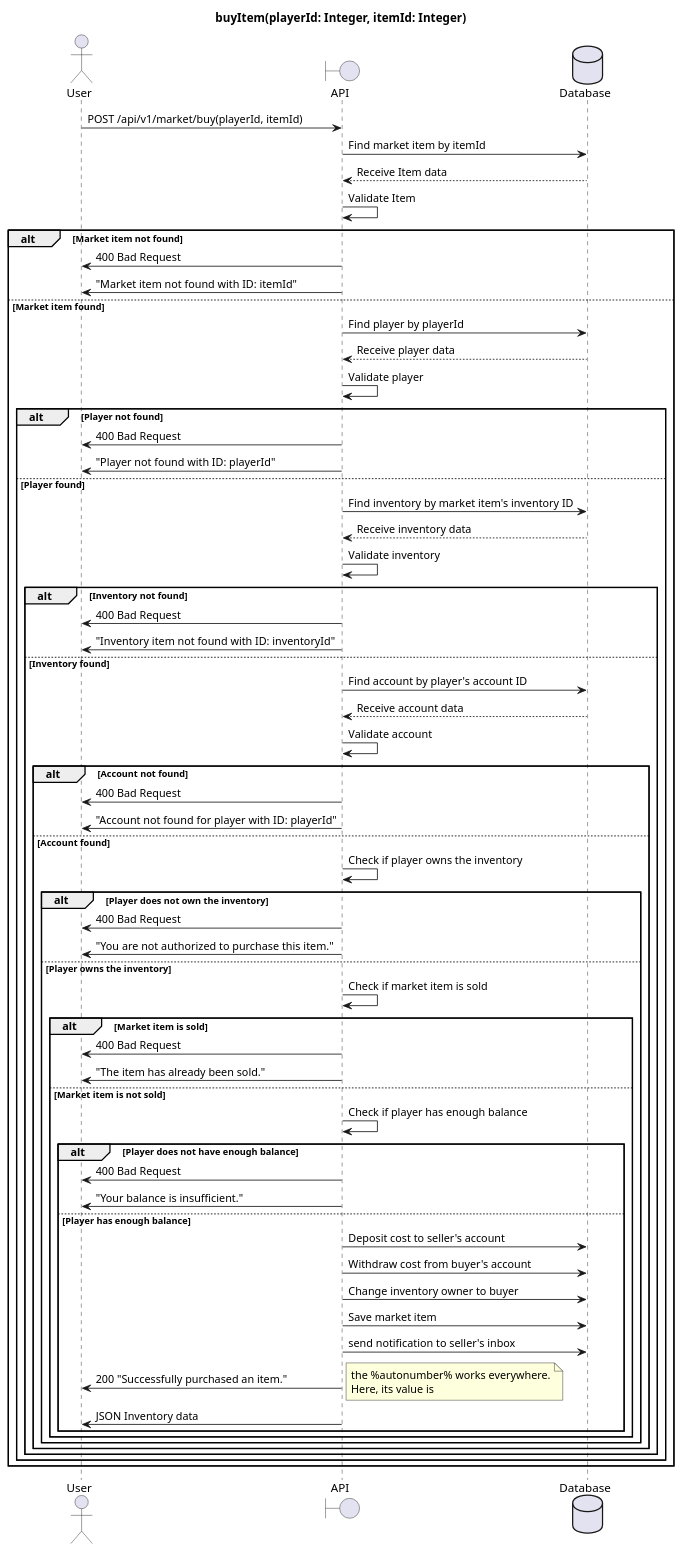
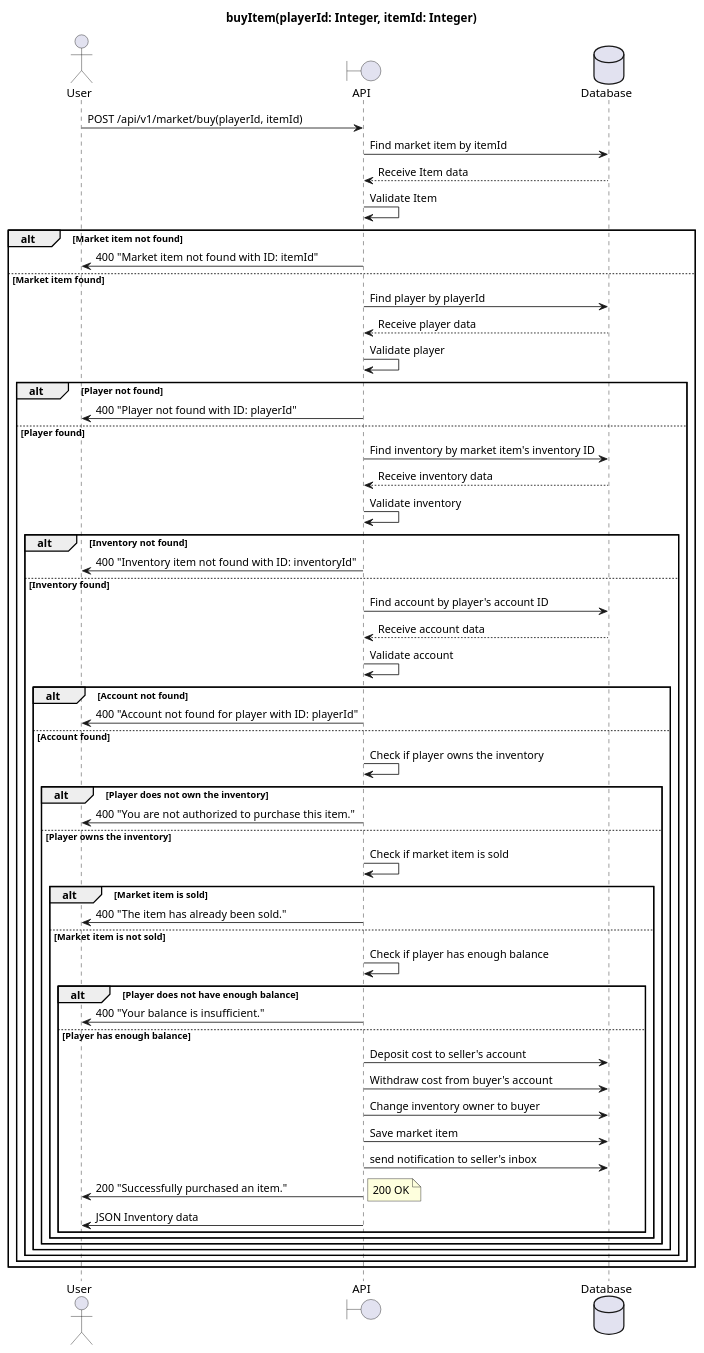
The diagram in PlantUML/Marketplace/buyItem.puml (b6428259/PriorLab1), drawn with PlantUML before and after one commit. The commit also changed 21 other files, not shown here.

```diff
--- a/PlantUML/Marketplace/buyItem.puml
+++ b/PlantUML/Marketplace/buyItem.puml
@@ -1,72 +1,64 @@
 @startuml
 title buyItem(playerId: Integer, itemId: Integer)
 
 actor User as u
 boundary API as a
 database Database as d
 
 u->a : POST /api/v1/market/buy(playerId, itemId)
 a->d : Find market item by itemId
 d-->a : Receive Item data
 a->a : Validate Item
 alt Market item not found
-    a->u : 400 Bad Request
-    a->u : "Market item not found with ID: itemId"
+    a->u : 400 "Market item not found with ID: itemId"
 else Market item found
     a->d : Find player by playerId
     d-->a : Receive player data
     a->a : Validate player
     alt Player not found
-        a->u : 400 Bad Request
-        a->u : "Player not found with ID: playerId"
+        a->u : 400 "Player not found with ID: playerId"
     else Player found
         a->d : Find inventory by market item's inventory ID
         d-->a : Receive inventory data
         a->a : Validate inventory
         alt Inventory not found
-            a->u : 400 Bad Request
-            a->u : "Inventory item not found with ID: inventoryId"
+            a->u : 400 "Inventory item not found with ID: inventoryId"
         else Inventory found
             a->d : Find account by player's account ID
             d-->a : Receive account data
             a->a : Validate account
             alt Account not found
-                a->u : 400 Bad Request
-                a->u : "Account not found for player with ID: playerId"
+                a->u : 400 "Account not found for player with ID: playerId"
 
             else Account found
                 a->a : Check if player owns the inventory
                 alt Player does not own the inventory
-                    a->u : 400 Bad Request
-                    a->u : "You are not authorized to purchase this item."
+                    a->u : 400 "You are not authorized to purchase this item."
                 else Player owns the inventory
                     a->a : Check if market item is sold
                     alt Market item is sold
-                        a->u : 400 Bad Request
-                        a->u : "The item has already been sold."
+                        a->u : 400 "The item has already been sold."
                     else Market item is not sold
                         a->a : Check if player has enough balance
                         alt Player does not have enough balance
-                            a->u : 400 Bad Request
-                            a->u : "Your balance is insufficient."
+                            a->u : 400 "Your balance is insufficient."
                         else Player has enough balance
                             a->d : Deposit cost to seller's account
                             a->d : Withdraw cost from buyer's account
                             a->d : Change inventory owner to buyer
                             a->d : Save market item
                             a->d : send notification to seller's inbox
                             a->u : 200 "Successfully purchased an item."
           note right
-            the <U+0025>autonumber<U+0025> works everywhere.
-            Here, its value is ** %autonumber% **
+            200 OK
           end note
                             a->u : JSON Inventory data
                         end
                     end
                 end
             end
         end
     end
 end
 
 @enduml
```
